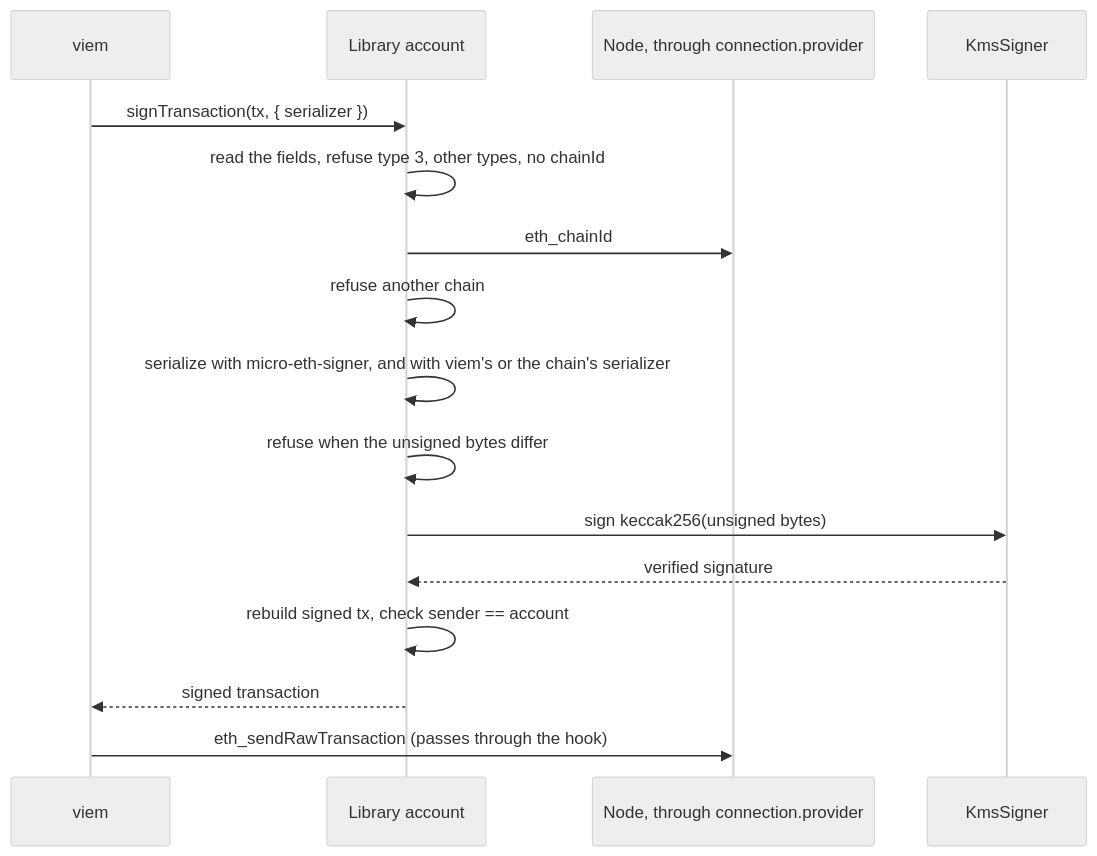
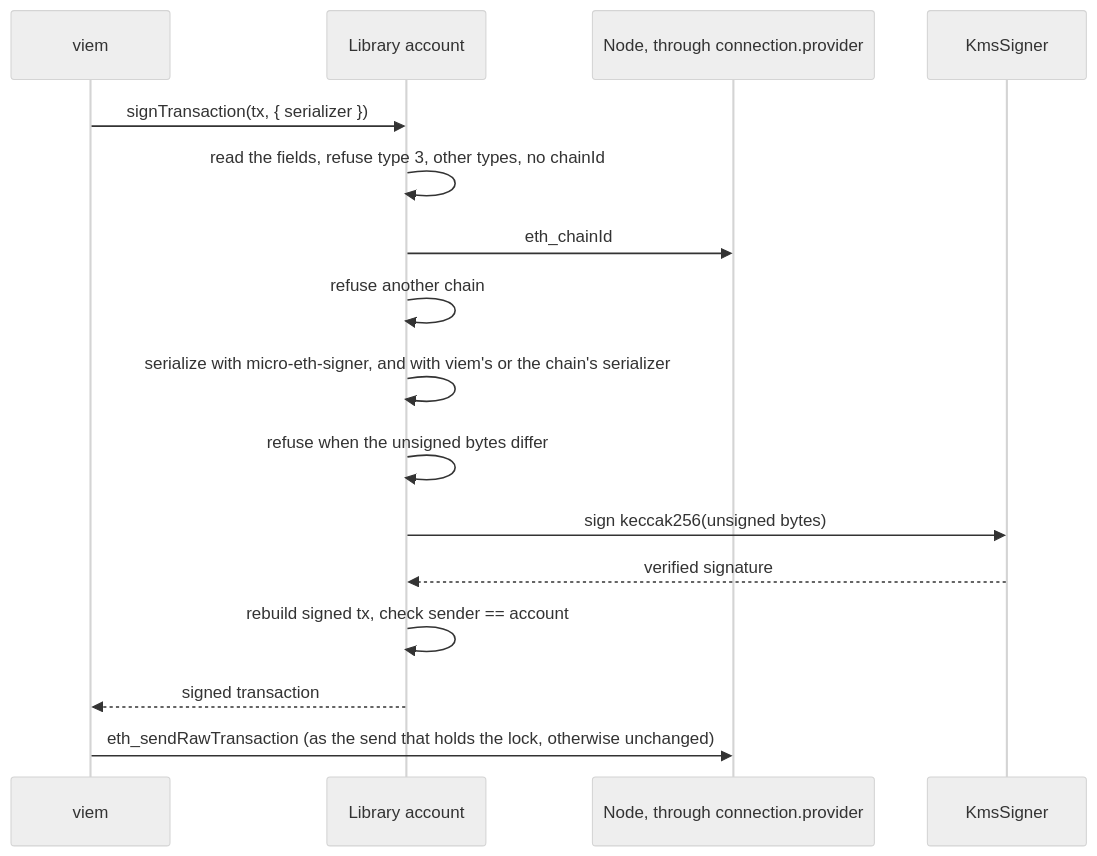
Before and after one commit to aelmanaa/hardhat-kms: the fourth of 4 diagrams in docs/contributor/architecture.md, drawn with Mermaid (neutral theme). The commit also changed other lines of this file and 39 other files, not shown here.

````diff
--- a/docs/contributor/architecture.md
+++ b/docs/contributor/architecture.md
@@ -153,18 +153,18 @@
 ```mermaid
 sequenceDiagram
   participant V as viem
   participant A as Library account
   participant N as Node, through connection.provider
   participant S as KmsSigner
   V->>A: signTransaction(tx, { serializer })
   A->>A: read the fields, refuse type 3, other types, no chainId
   A->>N: eth_chainId
   A->>A: refuse another chain
   A->>A: serialize with micro-eth-signer, and with viem's or the chain's serializer
   A->>A: refuse when the unsigned bytes differ
   A->>S: sign keccak256(unsigned bytes)
   S-->>A: verified signature
   A->>A: rebuild signed tx, check sender == account
   A-->>V: signed transaction
-  V->>N: eth_sendRawTransaction (passes through the hook)
+  V->>N: eth_sendRawTransaction (as the send that holds the lock, otherwise unchanged)
 ```
````
